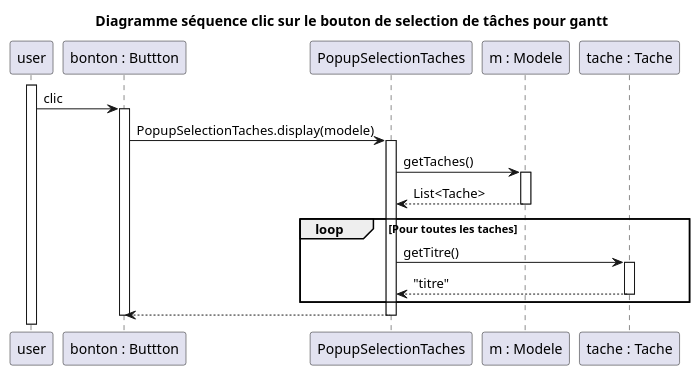
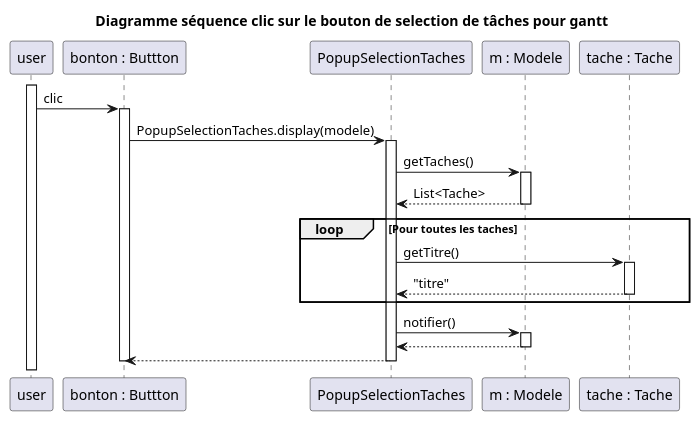
Before and after one commit to AlexanderCARNET/SAE_3_01_dev_application: the diagram in Ollert_QDEV/diagrammes/Iteration4/DiagrammeSequenceSelectionnerTache.puml, drawn with PlantUML.

Commit message:
[UPDATE] modification sur le diagramme de sequence du bouton de selection de taches pour ajouter une notification au modele quand le popup est fermé

```diff
--- a/Ollert_QDEV/diagrammes/Iteration4/DiagrammeSequenceSelectionnerTache.puml
+++ b/Ollert_QDEV/diagrammes/Iteration4/DiagrammeSequenceSelectionnerTache.puml
@@ -1,37 +1,41 @@
 @startuml
 'https://plantuml.com/sequence-diagram
 
 title Diagramme séquence clic sur le bouton de selection de tâches pour gantt
 
 participant user
 participant "bonton : Buttton" as Button
 participant "PopupSelectionTaches" as popupSelectionTaches
 participant "m : Modele" as modele
 participant "tache : Tache" as Tache
 
 activate user
 user -> Button : clic
 
 activate Button
 
 Button -> popupSelectionTaches : PopupSelectionTaches.display(modele)
 activate popupSelectionTaches
 
 popupSelectionTaches -> modele : getTaches()
 activate modele
 modele --> popupSelectionTaches : List<Tache>
 deactivate modele
 loop Pour toutes les taches
 popupSelectionTaches -> Tache : getTitre()
 
 activate Tache
 Tache --> popupSelectionTaches : "titre"
 deactivate Tache
 end loop
+popupSelectionTaches -> modele : notifier()
+activate modele
+modele --> popupSelectionTaches
+deactivate modele
 
 popupSelectionTaches --> Button
 deactivate popupSelectionTaches
 deactivate Button
 
 
 @enduml
```
